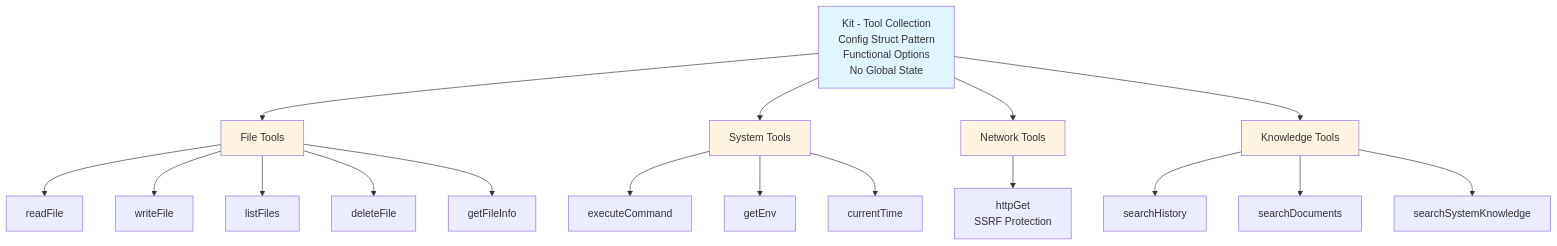
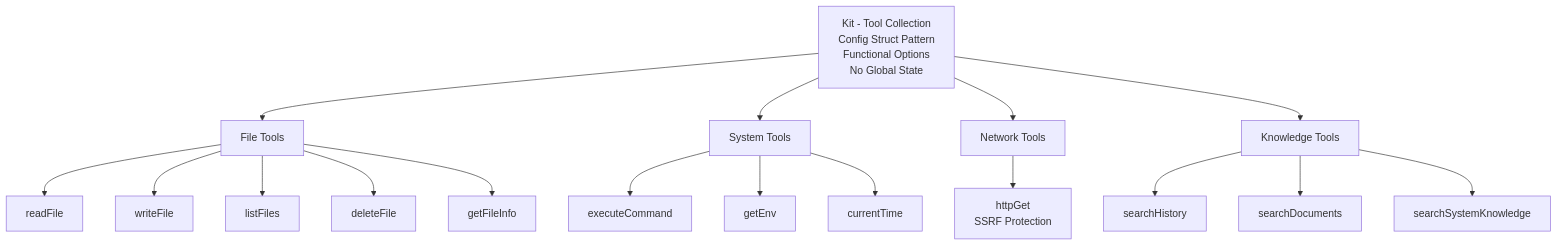
Before and after one commit to Koopa0/koopa: the diagram in internal/tools/README.md, drawn with Mermaid. The commit also changed other lines of this file and 106 other files, not shown here.

First line of the commit message:
refactor: implement Google-ADK-aligned architecture (#25)

````diff
--- a/internal/tools/README.md
+++ b/internal/tools/README.md
@@ -35,31 +35,25 @@
 ```mermaid
 graph TD
     Kit[Kit - Tool Collection<br/>Config Struct Pattern<br/>Functional Options<br/>No Global State]
 
     Kit --> FileTools[File Tools]
     Kit --> SystemTools[System Tools]
     Kit --> NetworkTools[Network Tools]
     Kit --> KnowledgeTools[Knowledge Tools]
 
     FileTools --> ReadFile[readFile]
     FileTools --> WriteFile[writeFile]
     FileTools --> ListFiles[listFiles]
     FileTools --> DeleteFile[deleteFile]
     FileTools --> GetFileInfo[getFileInfo]
 
     SystemTools --> ExecuteCommand[executeCommand]
     SystemTools --> GetEnv[getEnv]
     SystemTools --> CurrentTime[currentTime]
 
     NetworkTools --> HTTPGet[httpGet<br/>SSRF Protection]
 
     KnowledgeTools --> SearchHistory[searchHistory]
     KnowledgeTools --> SearchDocuments[searchDocuments]
     KnowledgeTools --> SearchSystemKnowledge[searchSystemKnowledge]
-
-    style Kit fill:#e1f5ff
-    style FileTools fill:#fff4e1
-    style SystemTools fill:#fff4e1
-    style NetworkTools fill:#fff4e1
-    style KnowledgeTools fill:#fff4e1
 ```
````
